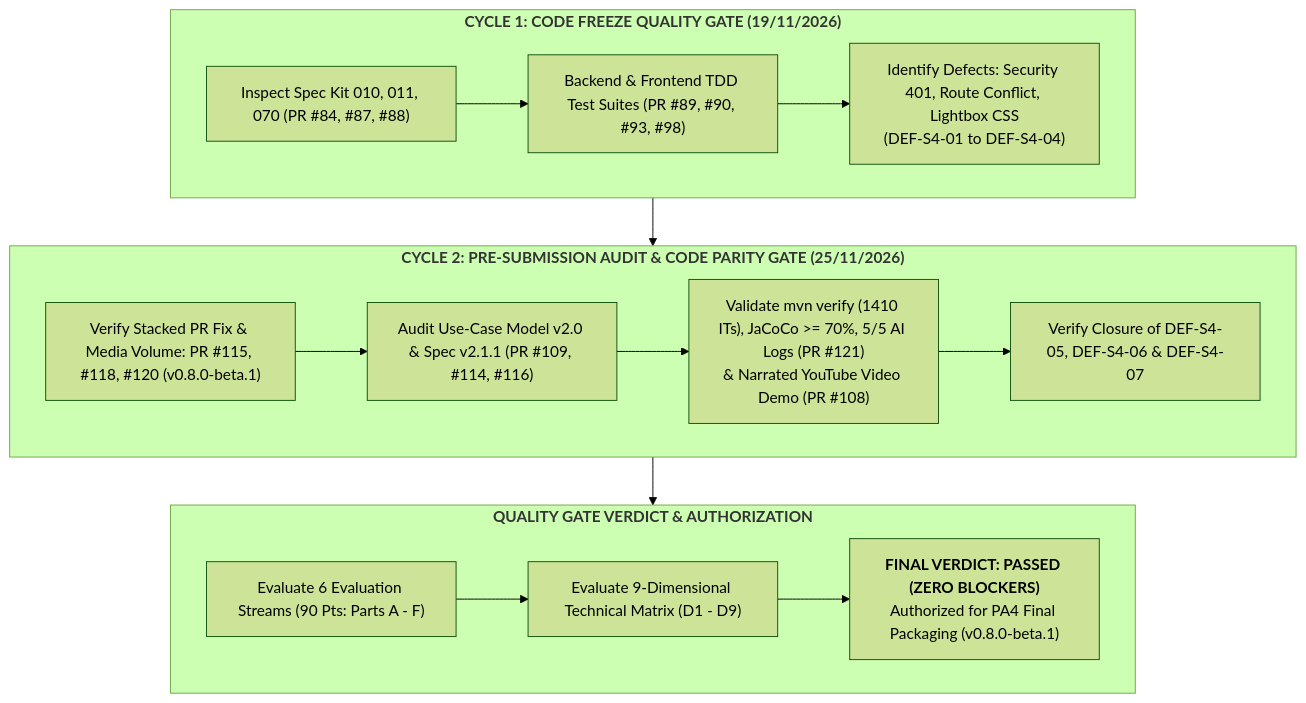
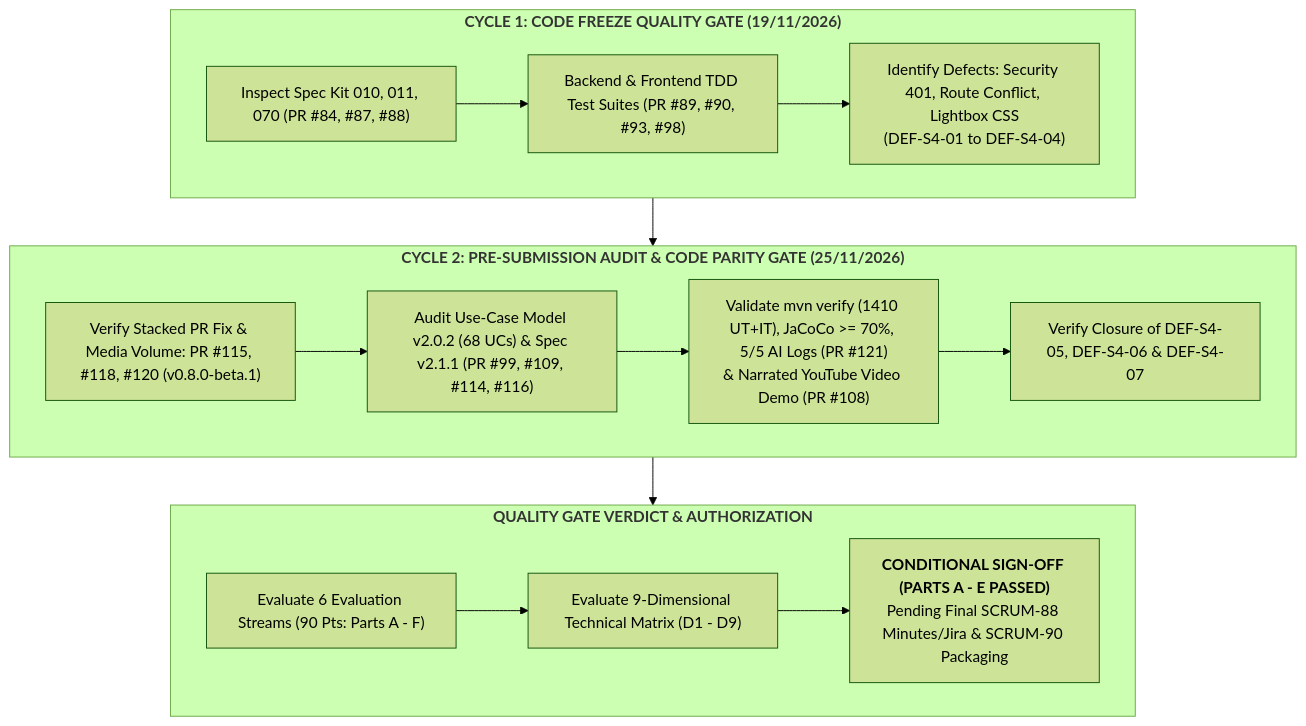
Before and after one commit to ThanhDu14/WikiCook: the diagram in docs/management/reports/sprint-04/sprint-04-report.md, drawn with Mermaid (forest theme). The commit also changed other lines of this file and 1 other file, not shown here.

Commit message:
docs(sprint-04): address PR #117 review on PA4 code/doc parity and conditional sign-off

````diff
--- a/docs/management/reports/sprint-04/sprint-04-report.md
+++ b/docs/management/reports/sprint-04/sprint-04-report.md
@@ -504,21 +504,21 @@
 ```mermaid
 flowchart TD
     subgraph Cycle1 ["<b>CYCLE 1: CODE FREEZE QUALITY GATE (19/11/2026)</b>"]
         C1A["Inspect Spec Kit 010, 011, 070 (PR #84, #87, #88)"] --> C1B["Backend & Frontend TDD Test Suites (PR #89, #90, #93, #98)"]
         C1B --> C1C["Identify Defects: Security 401, Route Conflict, Lightbox CSS<br/>(DEF-S4-01 to DEF-S4-04)"]
     end
 
     subgraph Cycle2 ["<b>CYCLE 2: PRE-SUBMISSION AUDIT & CODE PARITY GATE (25/11/2026)</b>"]
-        C2A["Verify Stacked PR Fix & Media Volume: PR #115, #118, #120 (v0.8.0-beta.1)"] --> C2B["Audit Use-Case Model v2.0 & Spec v2.1.1 (PR #109, #114, #116)"]
-        C2B --> C2C["Validate mvn verify (1410 ITs), JaCoCo >= 70%, 5/5 AI Logs (PR #121)<br/>& Narrated YouTube Video Demo (PR #108)"]
+        C2A["Verify Stacked PR Fix & Media Volume: PR #115, #118, #120 (v0.8.0-beta.1)"] --> C2B["Audit Use-Case Model v2.0.2 (68 UCs) & Spec v2.1.1 (PR #99, #109, #114, #116)"]
+        C2B --> C2C["Validate mvn verify (1410 UT+IT), JaCoCo >= 70%, 5/5 AI Logs (PR #121)<br/>& Narrated YouTube Video Demo (PR #108)"]
         C2C --> C2D["Verify Closure of DEF-S4-05, DEF-S4-06 & DEF-S4-07"]
     end
 
     subgraph VerdictGate ["<b>QUALITY GATE VERDICT & AUTHORIZATION</b>"]
         V1["Evaluate 6 Evaluation Streams (90 Pts: Parts A - F)"] --> V2["Evaluate 9-Dimensional Technical Matrix (D1 - D9)"]
-        V2 --> V3["<b>FINAL VERDICT: PASSED (ZERO BLOCKERS)</b><br/>Authorized for PA4 Final Packaging (v0.8.0-beta.1)"]
+        V2 --> V3["<b>CONDITIONAL SIGN-OFF (PARTS A - E PASSED)</b><br/>Pending Final SCRUM-88 Minutes/Jira & SCRUM-90 Packaging"]
     end
 
     Cycle1 --> Cycle2
     Cycle2 --> VerdictGate
 ```
````
